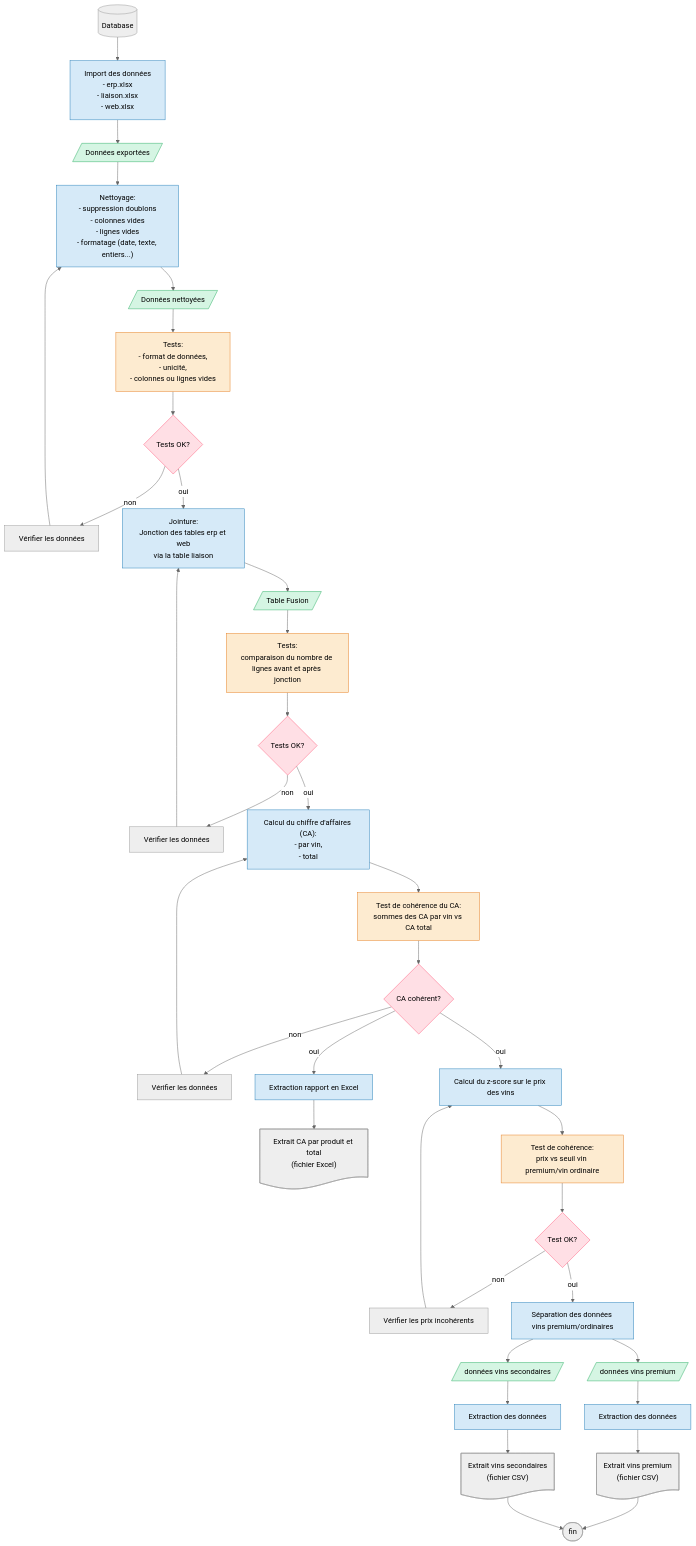
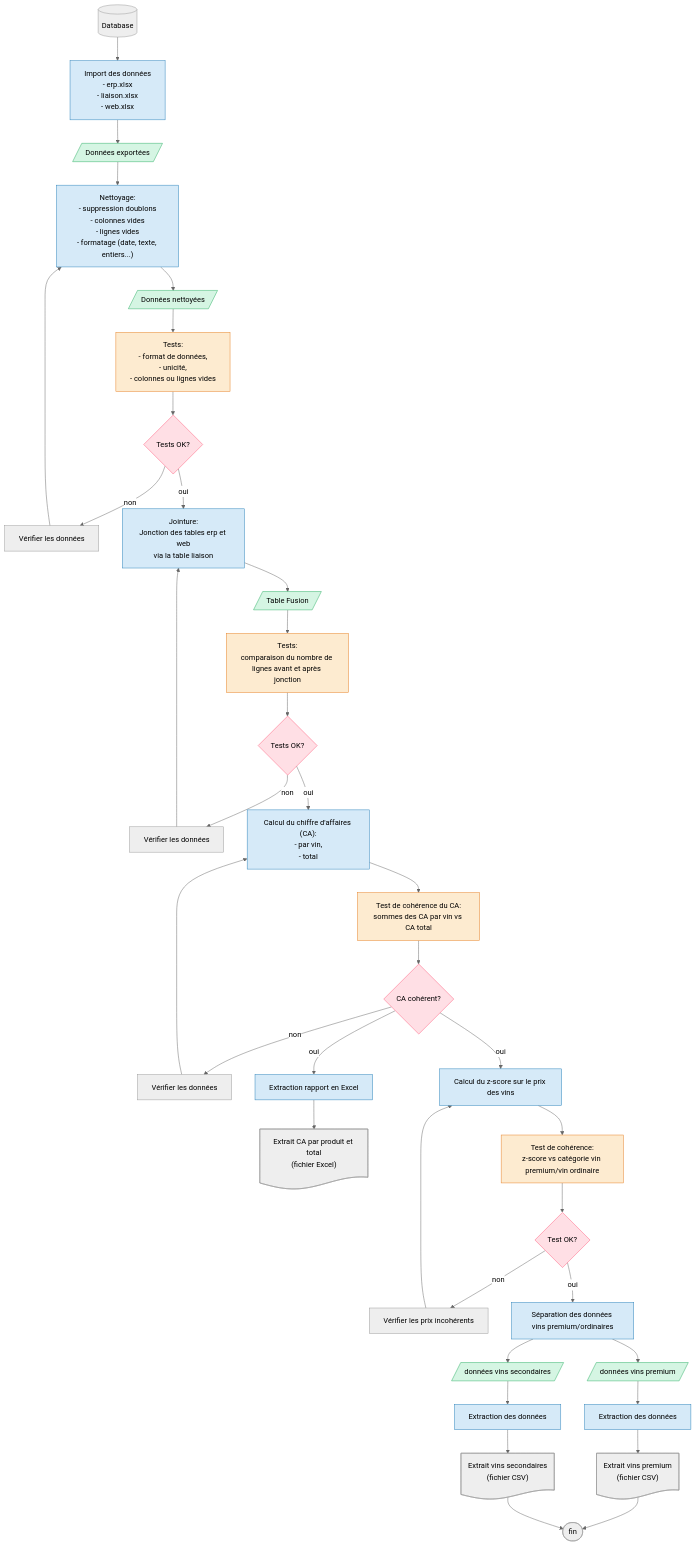
One commit to Sebules/Project_10_OpenClassrooms_Data_Engineer changed the first of 2 diagrams in README.md. Above: the diagram before and after it, drawn with Mermaid (neutral theme). The commit also changed other lines of this file, not shown here.

```diff
--- a/README.md
+++ b/README.md
@@ -56,7 +56,7 @@
   D["Calcul du z-score sur le prix des vins"]
   E["Extraction rapport en Excel"]
   s1@{shape: doc, label: "Extrait CA par produit et total<br/>(fichier Excel)"}
-  T4["Test de cohérence:<br/>prix vs seuil vin premium/vin ordinaire"]
+  T4["Test de cohérence:<br/>z-score vs catégorie vin premium/vin ordinaire"]
   c4{"Test OK?"}
   V4["Vérifier les prix incohérents"]
   F["Séparation des données vins premium/ordinaires"]
```
